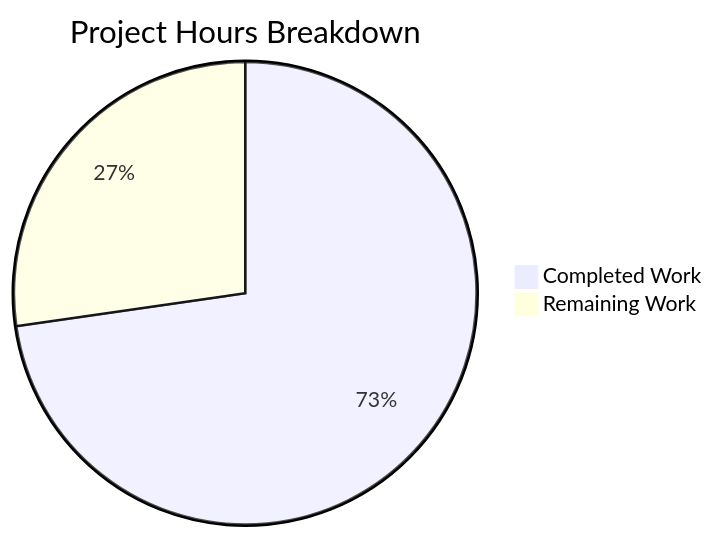
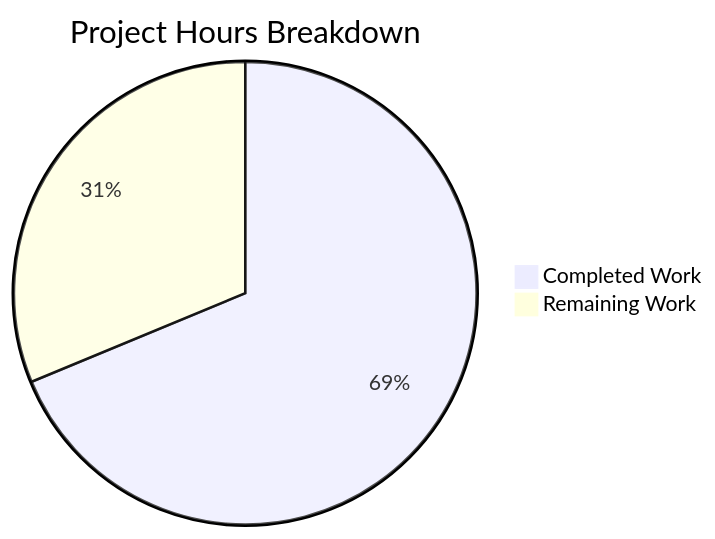
Before and after one commit to Sandeep01Kumar/SK-30-JAN: the diagram in blitzy/documentation/Project Guide.md, drawn with Mermaid. The commit also changed other lines of this file, not shown here.

Commit message:
Adding Blitzy Project Guide: Project Status and Human Tasks Remaining

````diff
--- a/blitzy/documentation/Project Guide.md
+++ b/blitzy/documentation/Project Guide.md
@@ -86,5 +97,5 @@
 ```mermaid
 pie title Project Hours Breakdown
-    "Completed Work" : 16
-    "Remaining Work" : 6
+    "Completed Work" : 11
+    "Remaining Work" : 5
 ```
````
